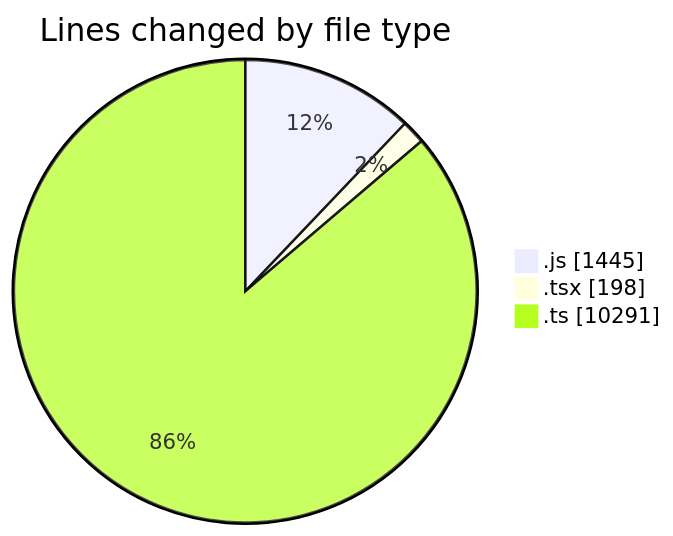
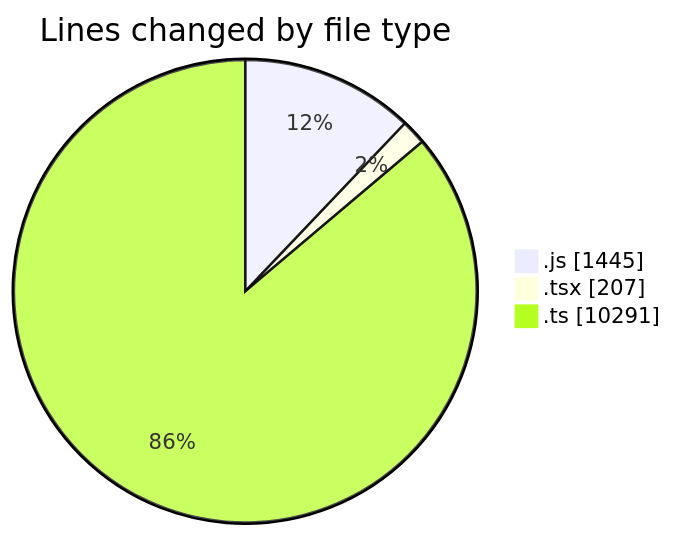
One commit to momahboobian/code-tracking changed the first of 2 diagrams in 2025-03-13/cda/README.md. Above: the diagram before and after it, drawn with Mermaid. The commit also changed other lines of this file and 1 other file, not shown here.

````diff
--- a/2025-03-13/cda/README.md
+++ b/2025-03-13/cda/README.md
@@ -32,7 +32,7 @@
 ```mermaid
 pie showData
 title Lines changed by file type
 ".js" : 1445
-".tsx" : 198
+".tsx" : 207
 ".ts" : 10291
 ```
````
